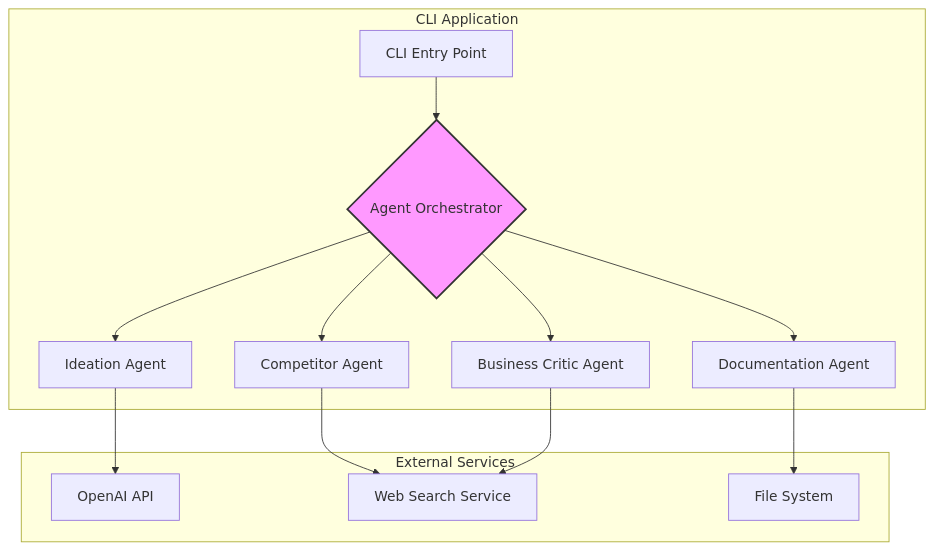
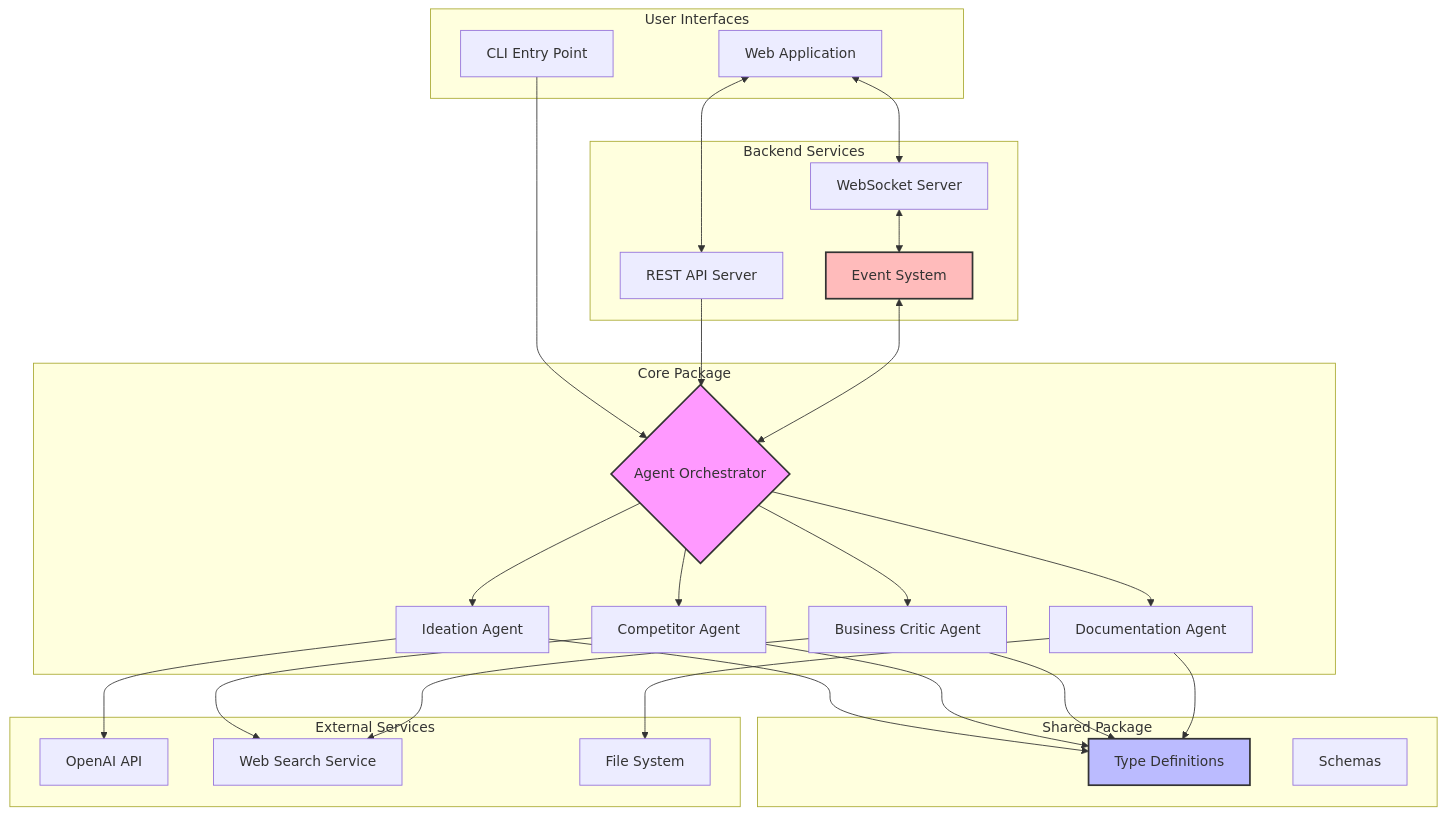
The second of 6 diagrams in docs/guidelines/architecture.md (rhofkens/business-idea-multi-agent), drawn with Mermaid before and after one commit. The commit also changed other lines of this file and 181 other files, not shown here.

First line of the commit message:
feat: migrate to monorepo architecture and implement V2.0 web application

````diff
--- a/docs/guidelines/architecture.md
+++ b/docs/guidelines/architecture.md
@@ -49,23 +130,58 @@
 ```mermaid
 graph TD
-    subgraph "CLI Application"
-        A[CLI Entry Point] --> B{Agent Orchestrator};
-        B --> C[Ideation Agent];
-        B --> D[Competitor Agent];
-        B --> E[Business Critic Agent];
-        B --> F[Documentation Agent];
+    subgraph "User Interfaces"
+        CLI[CLI Entry Point]
+        WEB[Web Application]
     end
-
+    
+    subgraph "Backend Services"
+        API[REST API Server]
+        WS[WebSocket Server]
+        ES[Event System]
+    end
+    
+    subgraph "Core Package"
+        B{Agent Orchestrator}
+        C[Ideation Agent]
+        D[Competitor Agent]
+        E[Business Critic Agent]
+        F[Documentation Agent]
+    end
+    
+    subgraph "Shared Package"
+        T[Type Definitions]
+        S[Schemas]
+    end
+    
     subgraph "External Services"
         G[OpenAI API]
         H[Web Search Service]
         I[File System]
     end
-
-    C --> G;
-    D --> H;
-    E --> H;
-    F --> I;
-
+    
+    CLI --> B
+    WEB <--> API
+    WEB <--> WS
+    API --> B
+    WS <--> ES
+    ES <--> B
+    
+    B --> C
+    B --> D
+    B --> E
+    B --> F
+    
+    C --> T
+    D --> T
+    E --> T
+    F --> T
+    
+    C --> G
+    D --> H
+    E --> H
+    F --> I
+    
     style B fill:#f9f,stroke:#333,stroke-width:2px
+    style T fill:#bbf,stroke:#333,stroke-width:2px
+    style ES fill:#fbb,stroke:#333,stroke-width:2px
 ```
````
